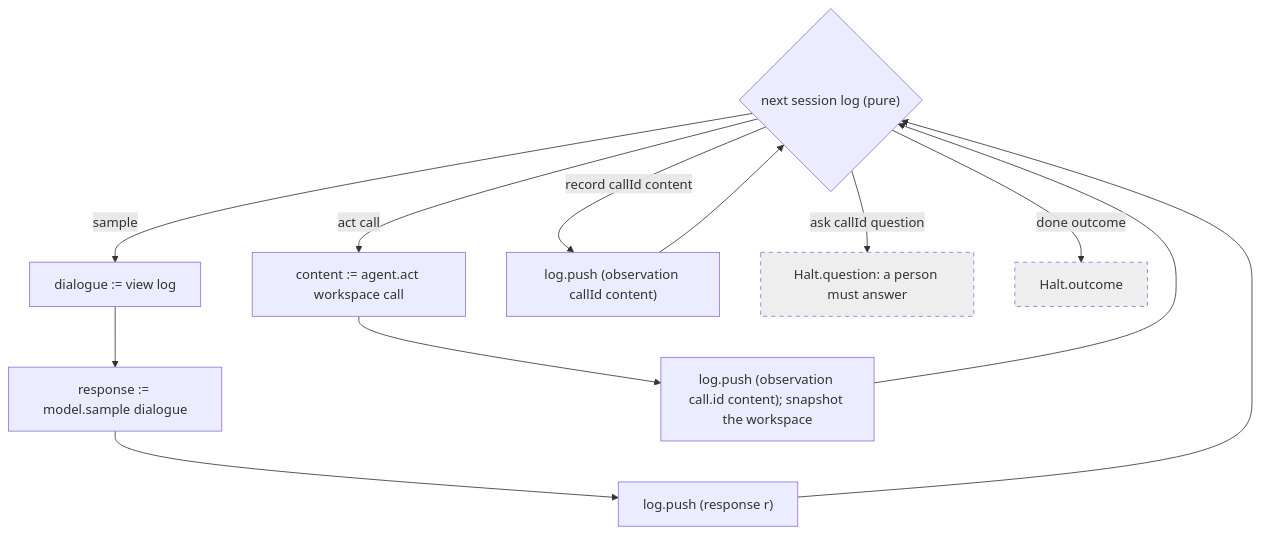
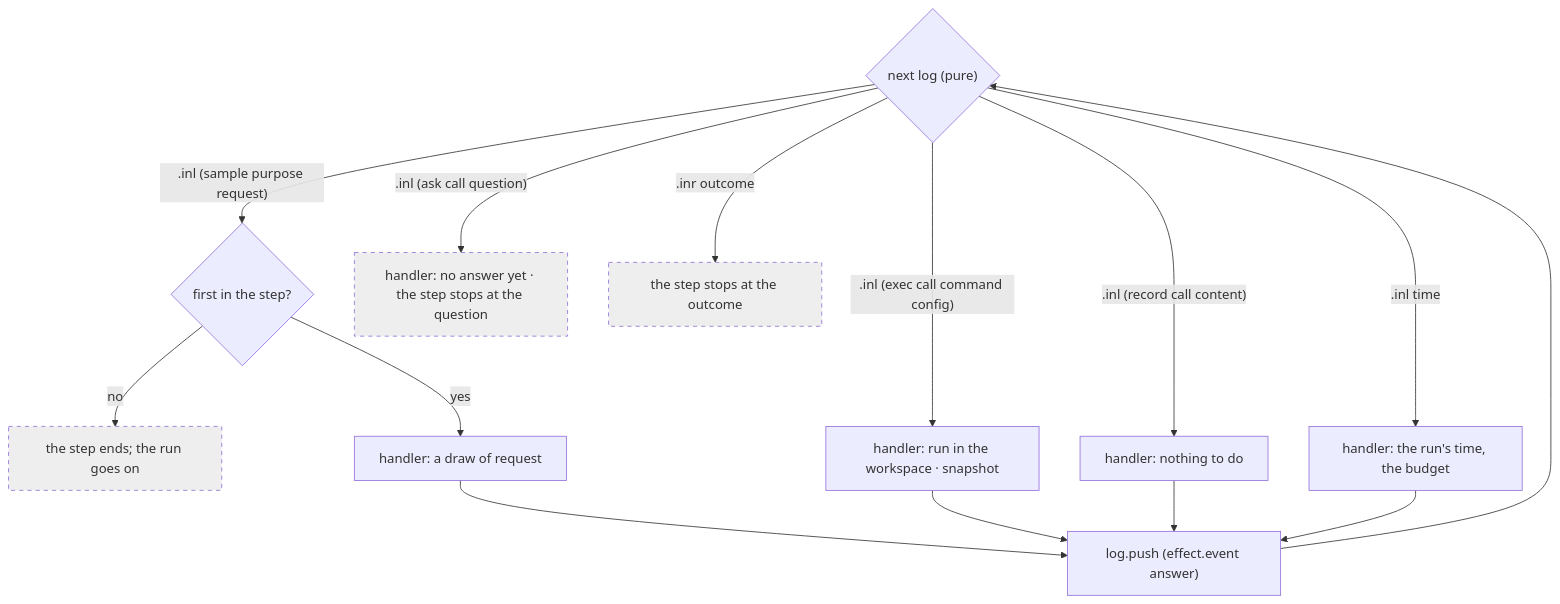
One commit to pku-xht/alaya changed the third of 3 diagrams in docs/agent-api.md. Above: the diagram before and after it, drawn with Mermaid. The commit also changed other lines of this file and 48 other files, not shown here.

First line of the commit message:
Make the agent a function from the log to an effect or an outcome, and store states as their types

````diff
--- a/docs/agent-api.md
+++ b/docs/agent-api.md
@@ -213,22 +419,26 @@
 ```mermaid
 flowchart TD
-  NEXT{"next session log (pure)"}
+  NEXT{"next log (pure)"}
 
-  NEXT -->|sample| S1["dialogue := view log"]
-  S1 --> S2["response := model.sample dialogue"]
-  S2 --> S3["log.push (response r)"]
-  S3 --> NEXT
+  NEXT -->|".inl (sample purpose request)"| S0{"first in the step?"}
+  S0 -->|no| END["the step ends; the run goes on"]
+  S0 -->|yes| S2["handler: a draw of request"]
+  S2 --> PUSH
 
-  NEXT -->|"act call"| A1["content := agent.act workspace call"]
-  A1 --> A2["log.push (observation call.id content); snapshot the workspace"]
-  A2 --> NEXT
+  NEXT -->|".inl (exec call command config)"| A1["handler: run in the workspace · snapshot"]
+  A1 --> PUSH
 
-  NEXT -->|"record callId content"| O1["log.push (observation callId content)"]
-  O1 --> NEXT
+  NEXT -->|".inl (record call content)"| O1["handler: nothing to do"]
+  O1 --> PUSH
 
-  NEXT -->|"ask callId question"| SU["Halt.question: a person must answer"]
-  NEXT -->|"done outcome"| DO["Halt.outcome"]
+  NEXT -->|".inl time"| C1["handler: the run's time, the budget"]
+  C1 --> PUSH
+
+  PUSH["log.push (effect.event answer)"] --> NEXT
+
+  NEXT -->|".inl (ask call question)"| SU["handler: no answer yet · the step stops at the question"]
+  NEXT -->|".inr outcome"| DO["the step stops at the outcome"]
 
   classDef terminal fill:#eee,stroke-dasharray: 5 5
-  class SU,DO terminal
+  class SU,DO,END terminal
 ```
````
